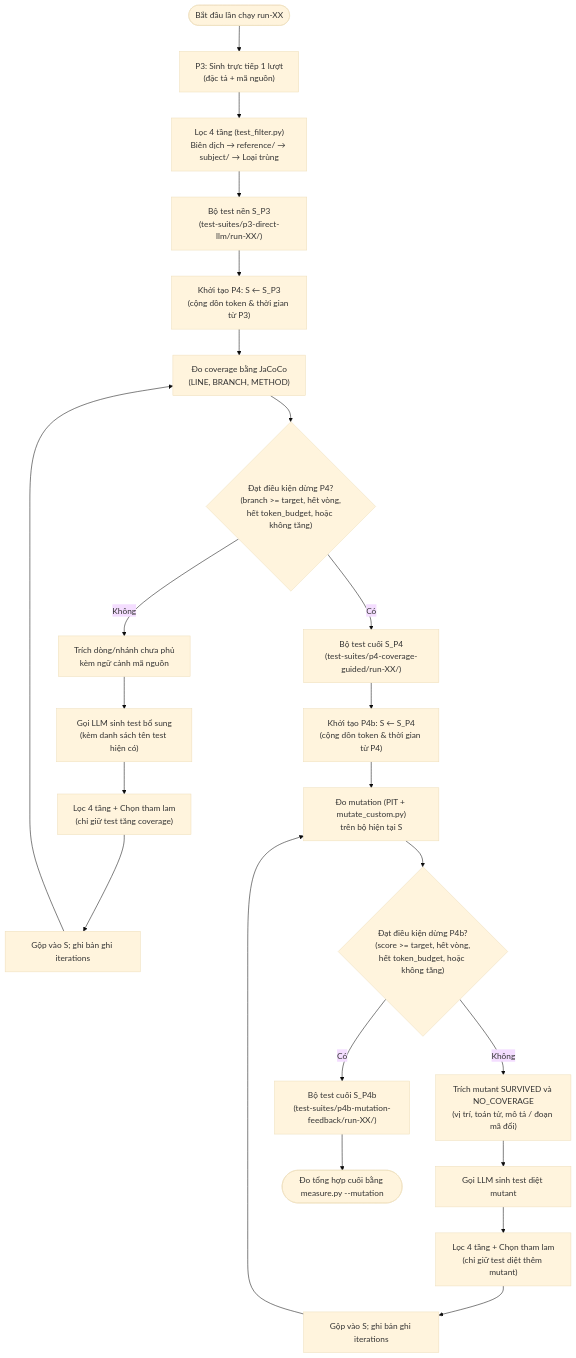
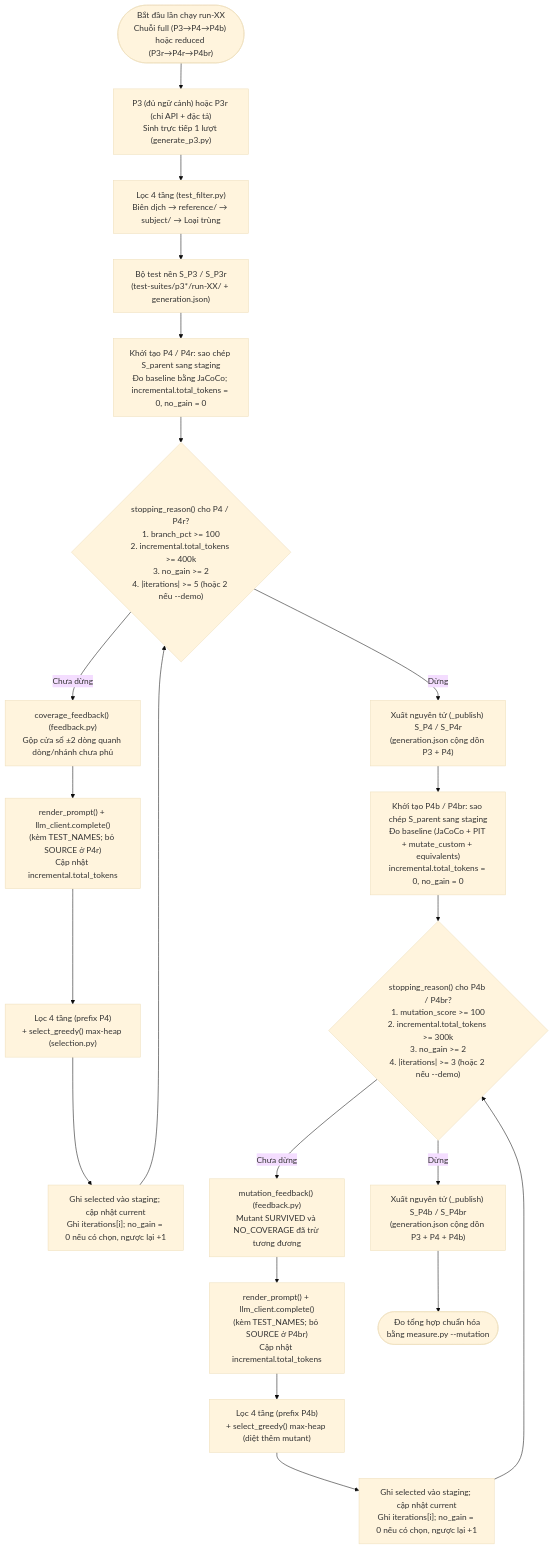
Before and after one commit to QuangHa0110/software-verification-validation: the diagram in docs/report/figures/vong-lap-p4-p4b.md, drawn with Mermaid (base theme). The commit also changed other lines of this file and 5 other files, not shown here.

Commit message:
docs: cập nhật chương 3–4 theo mã thực tế (prompt, P4/P4b, chọn tham lam) và thiết kế thí nghiệm ngữ cảnh hạn chế

````diff
--- a/docs/report/figures/vong-lap-p4-p4b.md
+++ b/docs/report/figures/vong-lap-p4-p4b.md
@@ -5,29 +5,27 @@
 ```mermaid
 flowchart TD
-    START(["Bắt đầu lần chạy run-XX"]) --> P3["P3: Sinh trực tiếp 1 lượt\n(đặc tả + mã nguồn)"]
+    START(["Bắt đầu lần chạy run-XX\nChuỗi full (P3→P4→P4b) hoặc reduced (P3r→P4r→P4br)"]) --> P3["P3 (đủ ngữ cảnh) hoặc P3r (chỉ API + đặc tả)\nSinh trực tiếp 1 lượt (generate_p3.py)"]
     P3 --> F3["Lọc 4 tầng (test_filter.py)\nBiên dịch → reference/ → subject/ → Loại trùng"]
-    F3 --> S3["Bộ test nền S_P3\n(test-suites/p3-direct-llm/run-XX/)"]
+    F3 --> S3["Bộ test nền S_P3 / S_P3r\n(test-suites/p3*/run-XX/ + generation.json)"]
 
-    S3 --> P4_INIT["Khởi tạo P4: S ← S_P3\n(cộng dồn token & thời gian từ P3)"]
-    P4_INIT --> P4_MEAS["Đo coverage bằng JaCoCo\n(LINE, BRANCH, METHOD)"]
-    P4_MEAS --> P4_STOP{"Đạt điều kiện dừng P4?\n(branch >= target, hết vòng,\nhết token_budget, hoặc không tăng)"}
-    P4_STOP -->|"Không"| P4_FB["Trích dòng/nhánh chưa phủ\nkèm ngữ cảnh mã nguồn"]
-    P4_FB --> P4_LLM["Gọi LLM sinh test bổ sung\n(kèm danh sách tên test hiện có)"]
-    P4_LLM --> P4_FILT["Lọc 4 tầng + Chọn tham lam\n(chỉ giữ test tăng coverage)"]
-    P4_FILT --> P4_UPD["Gộp vào S; ghi bản ghi iterations"]
-    P4_UPD --> P4_MEAS
+    S3 --> P4_INIT["Khởi tạo P4 / P4r: sao chép S_parent sang staging\nĐo baseline bằng JaCoCo; incremental.total_tokens = 0, no_gain = 0"]
+    P4_INIT --> P4_STOP{"stopping_reason() cho P4 / P4r?\n1. branch_pct >= 100\n2. incremental.total_tokens >= 400k\n3. no_gain >= 2\n4. |iterations| >= 5 (hoặc 2 nếu --demo)"}
+    P4_STOP -->|"Chưa dừng"| P4_FB["coverage_feedback() (feedback.py)\nGộp cửa sổ ±2 dòng quanh dòng/nhánh chưa phủ"]
+    P4_FB --> P4_LLM["render_prompt() + llm_client.complete()\n(kèm TEST_NAMES; bỏ SOURCE ở P4r)\nCập nhật incremental.total_tokens"]
+    P4_LLM --> P4_FILT["Lọc 4 tầng (prefix P4)\n+ select_greedy() max-heap (selection.py)"]
+    P4_FILT --> P4_UPD["Ghi selected vào staging; cập nhật current\nGhi iterations[i]; no_gain = 0 nếu có chọn, ngược lại +1"]
+    P4_UPD --> P4_STOP
 
-    P4_STOP -->|"Có"| S4["Bộ test cuối S_P4\n(test-suites/p4-coverage-guided/run-XX/)"]
+    P4_STOP -->|"Dừng"| S4["Xuất nguyên tử (_publish) S_P4 / S_P4r\n(generation.json cộng dồn P3 + P4)"]
 
-    S4 --> P4B_INIT["Khởi tạo P4b: S ← S_P4\n(cộng dồn token & thời gian từ P4)"]
-    P4B_INIT --> P4B_MEAS["Đo mutation (PIT + mutate_custom.py)\ntrên bộ hiện tại S"]
-    P4B_MEAS --> P4B_STOP{"Đạt điều kiện dừng P4b?\n(score >= target, hết vòng,\nhết token_budget, hoặc không tăng)"}
-    P4B_STOP -->|"Không"| P4B_FB["Trích mutant SURVIVED và NO_COVERAGE\n(vị trí, toán tử, mô tả / đoạn mã đổi)"]
-    P4B_FB --> P4B_LLM["Gọi LLM sinh test diệt mutant"]
-    P4B_LLM --> P4B_FILT["Lọc 4 tầng + Chọn tham lam\n(chỉ giữ test diệt thêm mutant)"]
-    P4B_FILT --> P4B_UPD["Gộp vào S; ghi bản ghi iterations"]
-    P4B_UPD --> P4B_MEAS
+    S4 --> P4B_INIT["Khởi tạo P4b / P4br: sao chép S_parent sang staging\nĐo baseline (JaCoCo + PIT + mutate_custom + equivalents)\nincremental.total_tokens = 0, no_gain = 0"]
+    P4B_INIT --> P4B_STOP{"stopping_reason() cho P4b / P4br?\n1. mutation_score >= 100\n2. incremental.total_tokens >= 300k\n3. no_gain >= 2\n4. |iterations| >= 3 (hoặc 2 nếu --demo)"}
+    P4B_STOP -->|"Chưa dừng"| P4B_FB["mutation_feedback() (feedback.py)\nMutant SURVIVED và NO_COVERAGE đã trừ tương đương"]
+    P4B_FB --> P4B_LLM["render_prompt() + llm_client.complete()\n(kèm TEST_NAMES; bỏ SOURCE ở P4br)\nCập nhật incremental.total_tokens"]
+    P4B_LLM --> P4B_FILT["Lọc 4 tầng (prefix P4b)\n+ select_greedy() max-heap (diệt thêm mutant)"]
+    P4B_FILT --> P4B_UPD["Ghi selected vào staging; cập nhật current\nGhi iterations[i]; no_gain = 0 nếu có chọn, ngược lại +1"]
+    P4B_UPD --> P4B_STOP
 
-    P4B_STOP -->|"Có"| S4B["Bộ test cuối S_P4b\n(test-suites/p4b-mutation-feedback/run-XX/)"]
-    S4B --> END(["Đo tổng hợp cuối bằng measure.py --mutation"])
+    P4B_STOP -->|"Dừng"| S4B["Xuất nguyên tử (_publish) S_P4b / S_P4br\n(generation.json cộng dồn P3 + P4 + P4b)"]
+    S4B --> END(["Đo tổng hợp chuẩn hóa bằng measure.py --mutation"])
 ```
````
